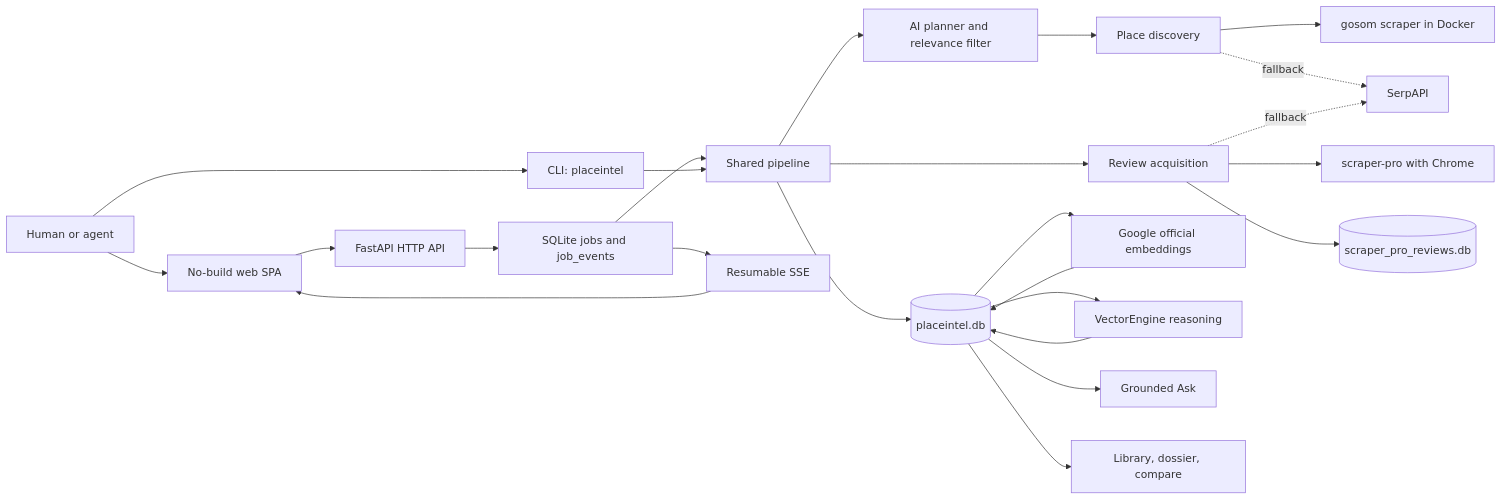
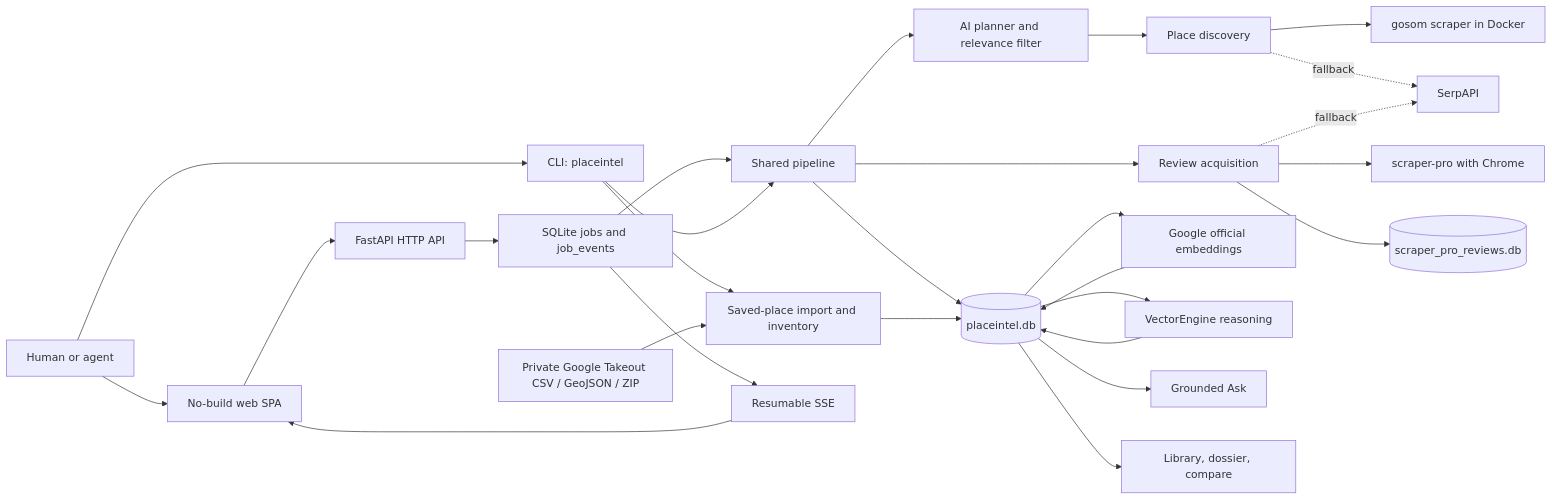
Before and after one commit to vecyang1/place-intel: the diagram in docs/architecture.md, drawn with Mermaid. The commit also changed other lines of this file and 21 other files, not shown here.

First line of the commit message:
feat: import account-scoped Google Maps saved places (#1)

````diff
--- a/docs/architecture.md
+++ b/docs/architecture.md
@@ -30,30 +30,33 @@
 ```mermaid
 flowchart LR
     U["Human or agent"] --> CLI["CLI: placeintel"]
     U --> SPA["No-build web SPA"]
     SPA --> API["FastAPI HTTP API"]
     API --> JOBS["SQLite jobs and job_events"]
     JOBS --> PIPE["Shared pipeline"]
     CLI --> PIPE
+    CLI --> SAVED["Saved-place import and inventory"]
+    TAKEOUT["Private Google Takeout CSV / GeoJSON / ZIP"] --> SAVED
 
     PIPE --> PLAN["AI planner and relevance filter"]
     PLAN --> DISC["Place discovery"]
     DISC --> GOSOM["gosom scraper in Docker"]
     DISC -. fallback .-> SERP["SerpAPI"]
 
     PIPE --> REV["Review acquisition"]
     REV --> SCRAPER["scraper-pro with Chrome"]
     REV -. fallback .-> SERP
 
     PIPE --> DB[("placeintel.db")]
+    SAVED --> DB
     REV --> VDB[("scraper_pro_reviews.db")]
     DB --> EMB["Google official embeddings"]
     DB --> REASON["VectorEngine reasoning"]
     EMB --> DB
     REASON --> DB
 
     DB --> ASK["Grounded Ask"]
     DB --> LIB["Library, dossier, compare"]
     JOBS --> SSE["Resumable SSE"]
     SSE --> SPA
 ```
````
